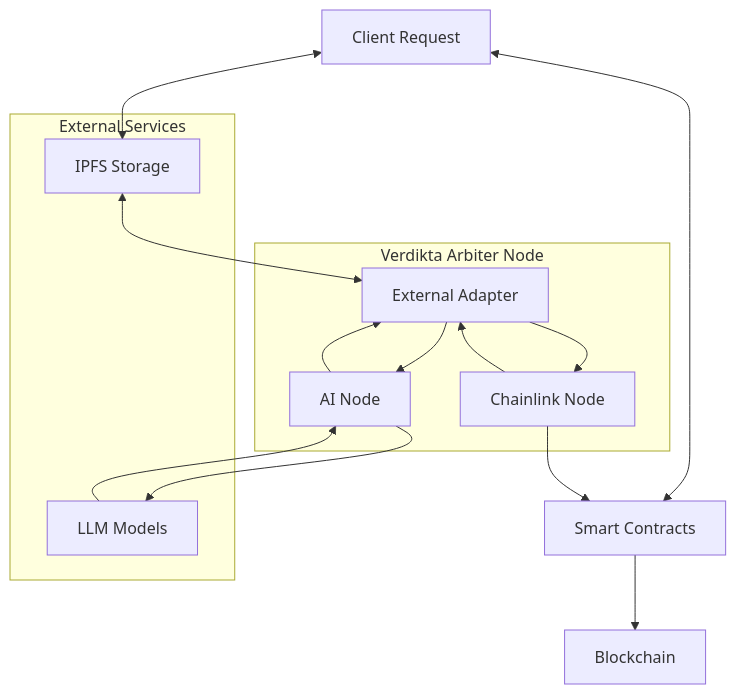
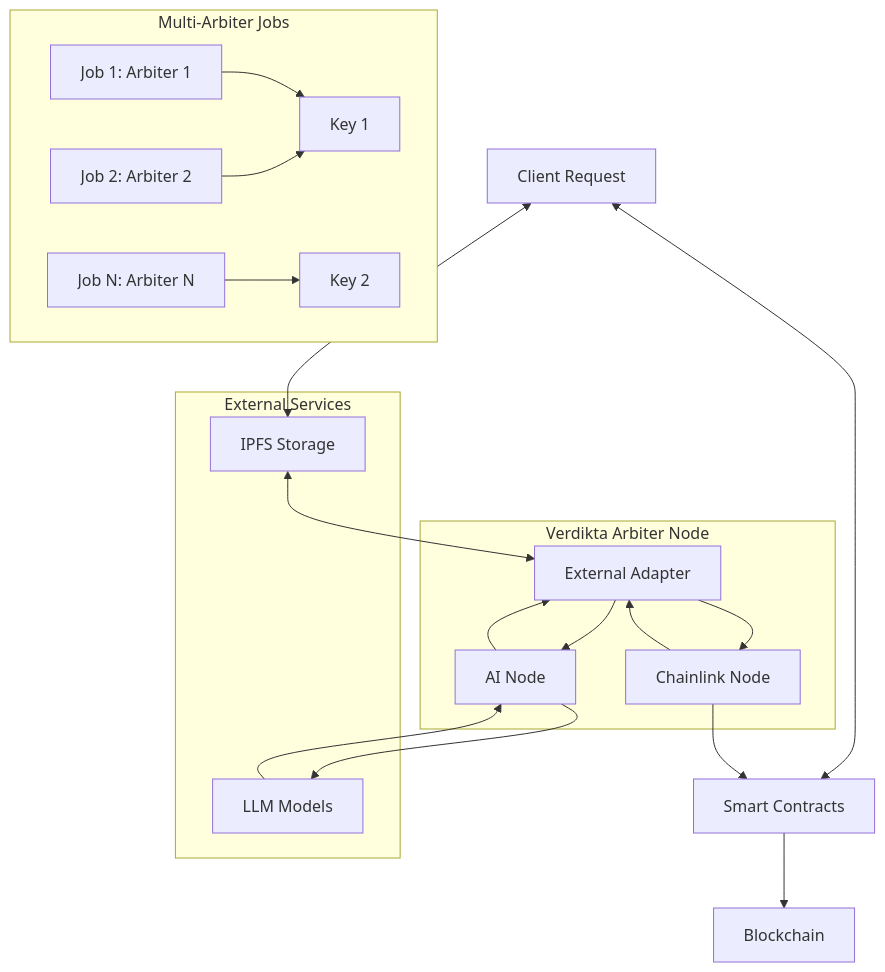
Before and after one commit to verdikta/verdikta-arbiter: the diagram in installer/docs/index.md, drawn with Mermaid. The commit also changed other lines of this file and 2 other files, not shown here.

First line of the commit message:
Update documentation for multi-arbiter and network selection features

````diff
--- a/installer/docs/index.md
+++ b/installer/docs/index.md
@@ -56,25 +65,36 @@
 ```mermaid
 graph TB
     A[Client Request] <--> F[Smart Contracts]
     A <--> I[IPFS Storage]
     B[Chainlink Node] --> C[External Adapter]
     C --> D[AI Node]
     D --> E[LLM Models]
     E --> D
     D --> C
     C --> B
     B --> F
     F --> G[Blockchain]
     I <--> C
     
     subgraph "Verdikta Arbiter Node"
         B
         C
         D
     end
     
+    subgraph "Multi-Arbiter Jobs"
+        J1[Job 1: Arbiter 1]
+        J2[Job 2: Arbiter 2] 
+        J3[Job N: Arbiter N]
+        K1[Key 1]
+        K2[Key 2]
+        J1 --> K1
+        J2 --> K1
+        J3 --> K2
+    end
+    
     subgraph "External Services"
         E
         I
     end
 ```
````
